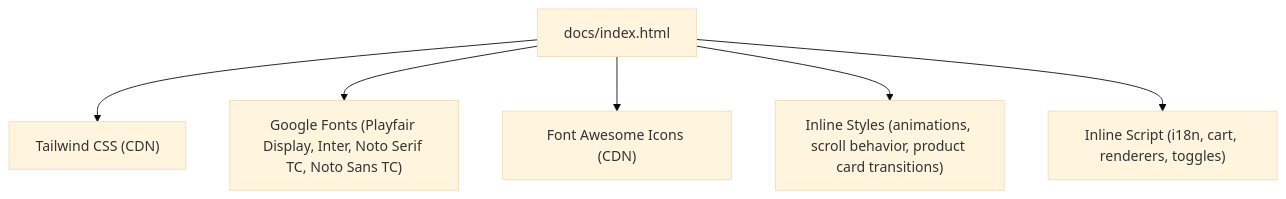
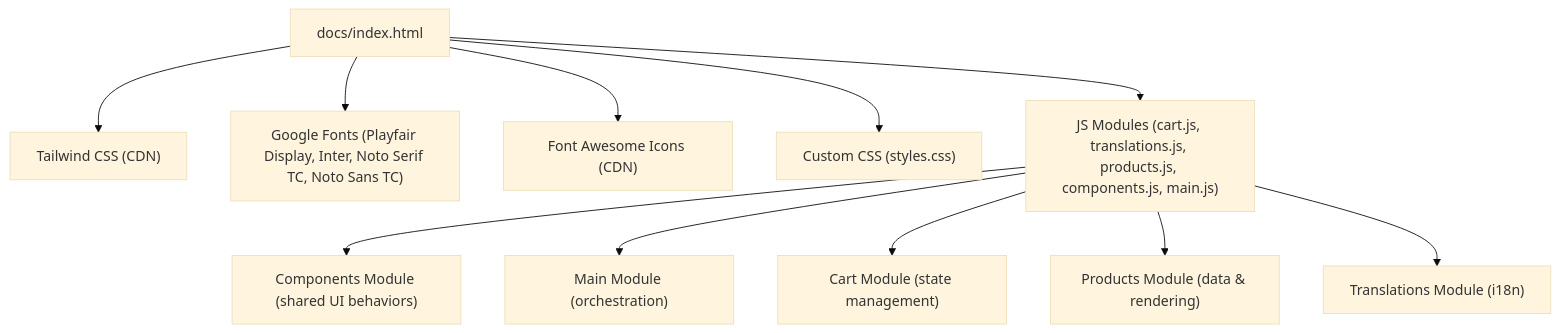
Before and after one commit to queenflowerhk/queenflowerhk.github.io: the first of 4 diagrams in .qoder/repowiki/en/content/User Interface Components/User Interface Components.md, drawn with Mermaid (base theme). The commit also changed other lines of this file and 36 other files, not shown here.

````diff
--- a/.qoder/repowiki/en/content/User Interface Components/User Interface Components.md
+++ b/.qoder/repowiki/en/content/User Interface Components/User Interface Components.md
@@ -34,8 +53,13 @@
 ```mermaid
 graph TB
 A["docs/index.html"] --> B["Tailwind CSS (CDN)"]
 A --> C["Google Fonts (Playfair Display, Inter, Noto Serif TC, Noto Sans TC)"]
 A --> D["Font Awesome Icons (CDN)"]
-A --> E["Inline Styles (animations, scroll behavior, product card transitions)"]
-A --> F["Inline Script (i18n, cart, renderers, toggles)"]
+A --> E["Custom CSS (styles.css)"]
+A --> F["JS Modules (cart.js, translations.js, products.js, components.js, main.js)"]
+F --> G["Components Module (shared UI behaviors)"]
+F --> H["Main Module (orchestration)"]
+F --> I["Cart Module (state management)"]
+F --> J["Products Module (data & rendering)"]
+F --> K["Translations Module (i18n)"]
 ```
````
